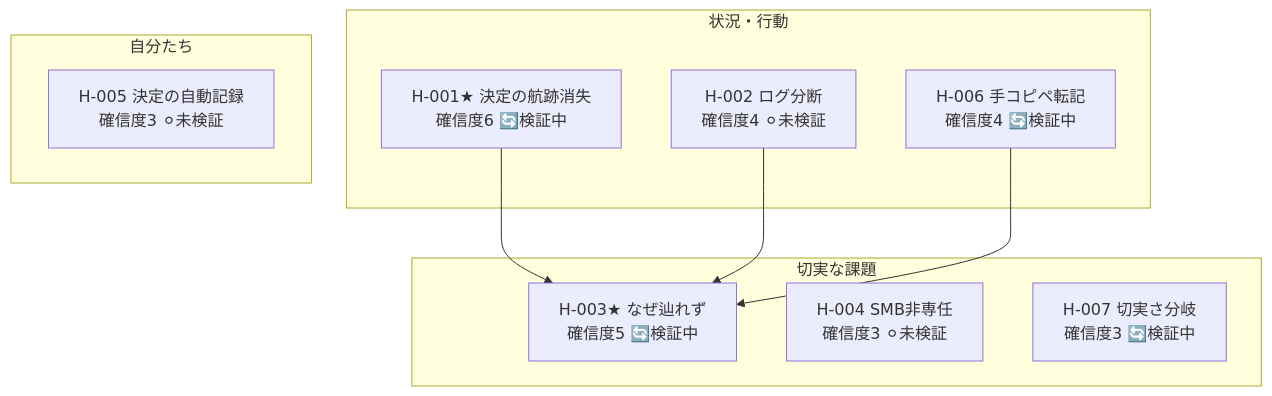
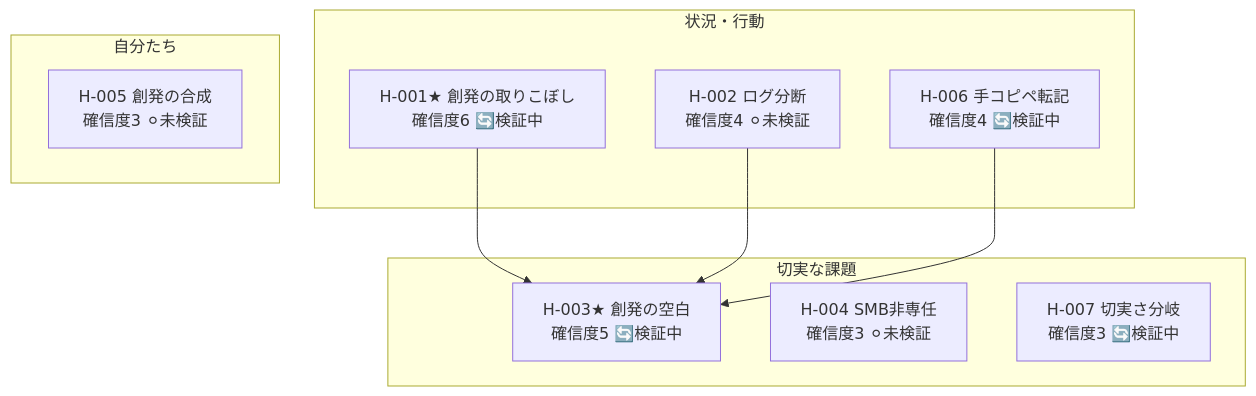
The diagram in projects/agent-platform/wiki/views/hypotheses-list.md (haru01/hypothesis-wiki), drawn with Mermaid before and after one commit. The commit also changed other lines of this file and 7 other files, not shown here.

````diff
--- a/projects/agent-platform/wiki/views/hypotheses-list.md
+++ b/projects/agent-platform/wiki/views/hypotheses-list.md
@@ -10,19 +10,19 @@
 ```mermaid
 flowchart TB
     subgraph beh["状況・行動"]
-      AGP_H_001["H-001★ 決定の航跡消失<br/>確信度6 🔄検証中"]
+      AGP_H_001["H-001★ 創発の取りこぼし<br/>確信度6 🔄検証中"]
       AGP_H_002["H-002 ログ分断<br/>確信度4 ⚪未検証"]
       AGP_H_006["H-006 手コピペ転記<br/>確信度4 🔄検証中"]
     end
     subgraph prob["切実な課題"]
-      AGP_H_003["H-003★ なぜ辿れず<br/>確信度5 🔄検証中"]
+      AGP_H_003["H-003★ 創発の空白<br/>確信度5 🔄検証中"]
       AGP_H_004["H-004 SMB非専任<br/>確信度3 ⚪未検証"]
       AGP_H_007["H-007 切実さ分岐<br/>確信度3 🔄検証中"]
     end
     subgraph team["自分たち"]
-      AGP_H_005["H-005 決定の自動記録<br/>確信度3 ⚪未検証"]
+      AGP_H_005["H-005 創発の合成<br/>確信度3 ⚪未検証"]
     end
     AGP_H_001 --> AGP_H_003
     AGP_H_002 --> AGP_H_003
     AGP_H_006 --> AGP_H_003
 ```
````
